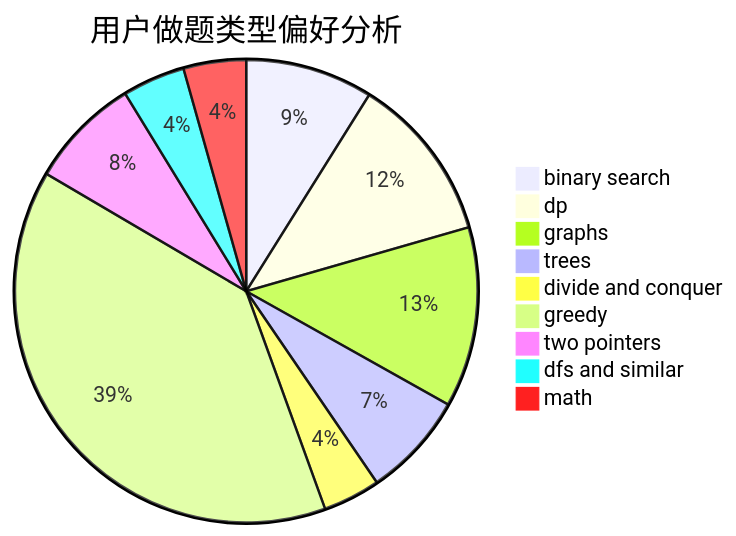
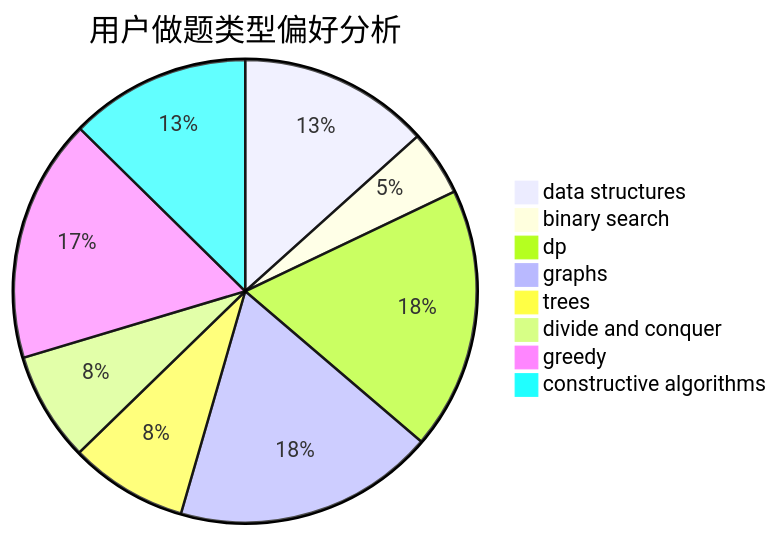
One commit to sherpahu/cfrs.github.io changed the second of 3 diagrams in docs/user/u1304.md. Above: the diagram before and after it, drawn with Mermaid. The commit also changed other lines of this file and 2775 other files, not shown here.

````diff
--- a/docs/user/u1304.md
+++ b/docs/user/u1304.md
@@ -23,12 +23,11 @@
 ```mermaid
 pie title 用户做题类型偏好分析
-    "binary search" :  169
-    "dp" :  221
-    "graphs" :  239
-    "trees" :  139
-    "divide and conquer" :  76
-    "greedy" :  740
-    "two pointers" :  148
-    "dfs and similar" :  83
-    "math" :  83
+    "data structures" :  131
+    "binary search" :  45
+    "dp" :  180
+    "graphs" :  179
+    "trees" :  81
+    "divide and conquer" :  75
+    "greedy" :  167
+    "constructive algorithms" :  124
 ```
````
